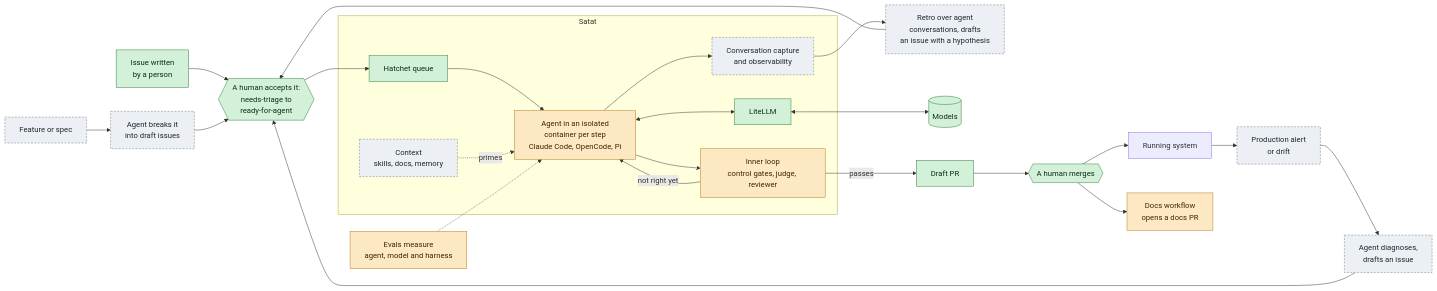
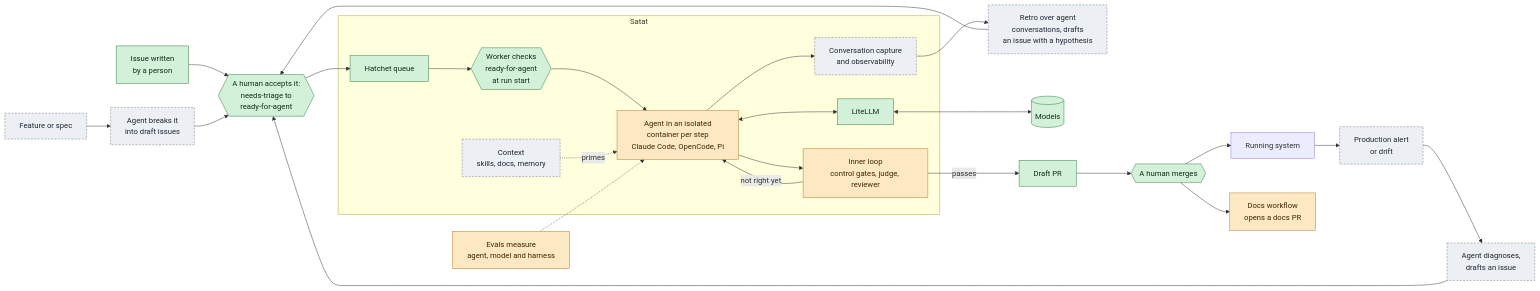
Before and after one commit to javatarz/satat: the diagram in docs/roadmap/README.md, drawn with Mermaid. The commit also changed other lines of this file and 3 other files, not shown here.

First line of the commit message:
Docs roadmap for accounts, capture and intake gate #136

````diff
--- a/docs/roadmap/README.md
+++ b/docs/roadmap/README.md
@@ -84,48 +93,49 @@
 ```mermaid
 flowchart LR
   person[Issue written<br/>by a person]
   feature[Feature or spec]
   breakdown[Agent breaks it<br/>into draft issues]
   alert[Production alert<br/>or drift]
   diagnose[Agent diagnoses,<br/>drafts an issue]
   retro[Retro over agent<br/>conversations, drafts<br/>an issue with a hypothesis]
   triage{{A human accepts it:<br/>needs-triage to<br/>ready-for-agent}}
 
   subgraph satat[Satat]
     queue[Hatchet queue]
+    ready{{Worker checks<br/>ready-for-agent<br/>at run start}}
     context[Context<br/>skills, docs, memory]
     agent[Agent in an isolated<br/>container per step<br/>Claude Code, OpenCode, Pi]
     gateway[LiteLLM]
     inner[Inner loop<br/>control gates, judge, reviewer]
     capture[Conversation capture<br/>and observability]
   end
 
   model[(Models)]
   pr[Draft PR]
   merge{{A human merges}}
   prod[Running system]
   docs[Docs workflow<br/>opens a docs PR]
   evals[Evals measure<br/>agent, model and harness]
 
   person --> triage
   feature --> breakdown --> triage
   alert --> diagnose --> triage
   retro --> triage
-  triage --> queue --> agent
+  triage --> queue --> ready --> agent
   context -. primes .-> agent
   agent <--> gateway <--> model
   agent --> inner
   inner -- not right yet --> agent
   inner -- passes --> pr --> merge --> prod
   merge --> docs
   prod --> alert
   agent --> capture --> retro
   evals -.-> agent
 
   classDef decided fill:#d3f0d8,stroke:#2f7d3e,color:#0b2e14
   classDef shaping fill:#fde8c4,stroke:#b7791f,color:#3d2600
   classDef idea fill:#eceff3,stroke:#6b7685,color:#1f2733,stroke-dasharray:4 3
-  class person,triage,queue,gateway,model,pr,merge decided
+  class person,triage,queue,ready,gateway,model,pr,merge decided
   class agent,inner,docs,evals shaping
   class alert,diagnose,retro,context,capture,feature,breakdown idea
 ```
````
